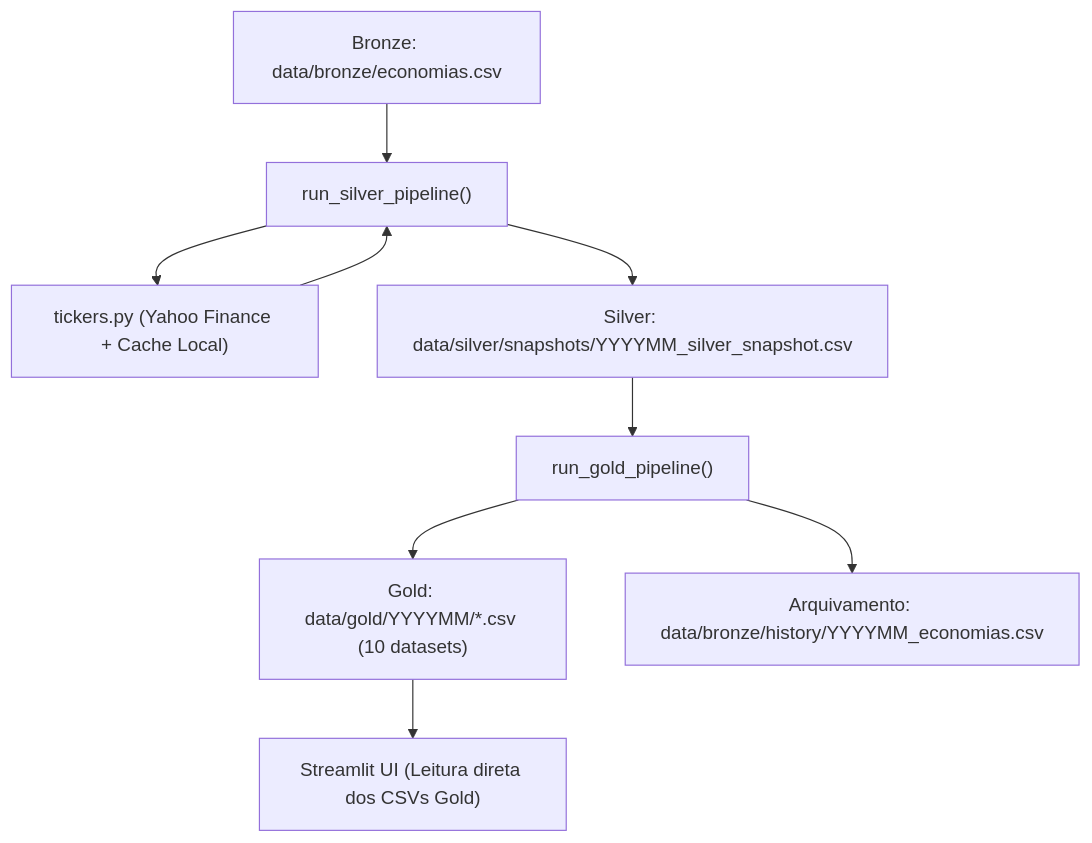
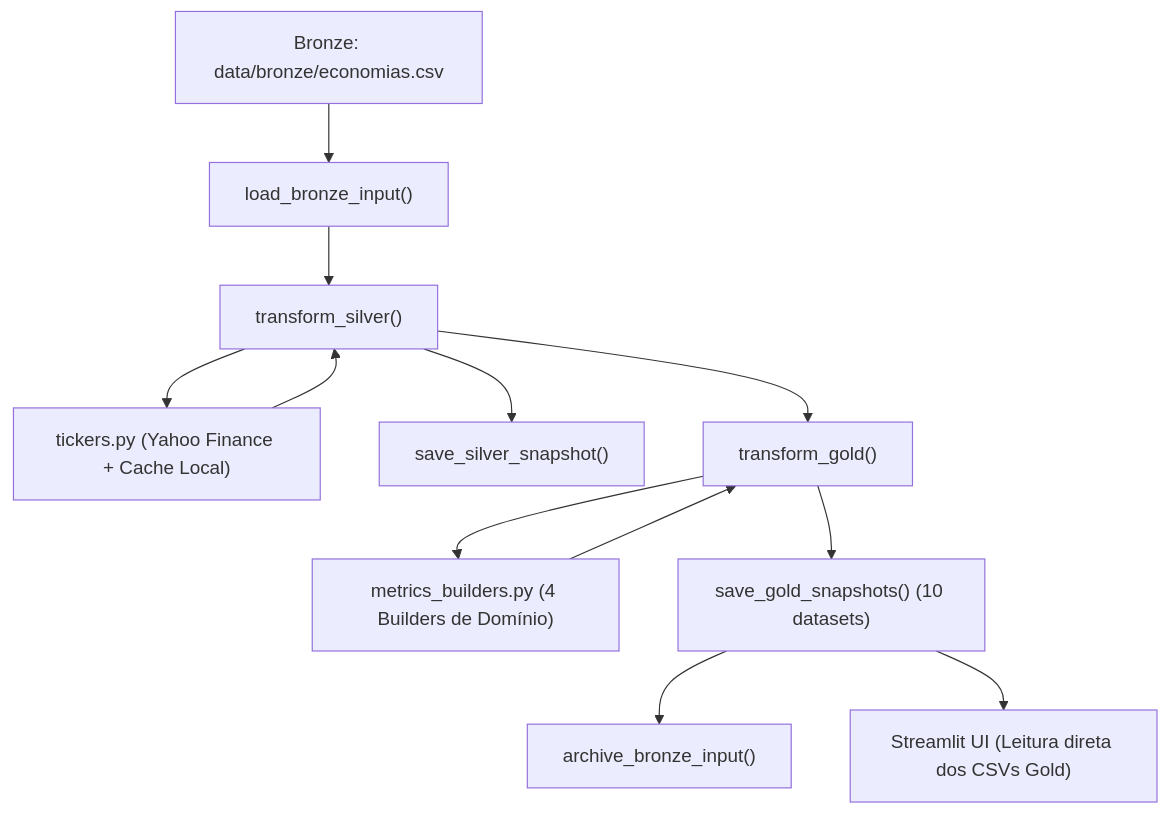
Before and after one commit to thpgoncalves/investment-visualizer: the diagram in AGENT_CONSTITUTION.md, drawn with Mermaid. The commit also changed other lines of this file and 13 other files, not shown here.

````diff
--- a/AGENT_CONSTITUTION.md
+++ b/AGENT_CONSTITUTION.md
@@ -98,11 +101,14 @@
 ```mermaid
 flowchart TD
-    A["Bronze: data/bronze/economias.csv"] --> B["run_silver_pipeline()"]
-    B --> C["tickers.py (Yahoo Finance + Cache Local)"]
-    C --> B
-    B --> D["Silver: data/silver/snapshots/YYYYMM_silver_snapshot.csv"]
-    D --> E["run_gold_pipeline()"]
-    E --> F["Gold: data/gold/YYYYMM/*.csv (10 datasets)"]
-    E --> G["Arquivamento: data/bronze/history/YYYYMM_economias.csv"]
-    F --> H["Streamlit UI (Leitura direta dos CSVs Gold)"]
+    A["Bronze: data/bronze/economias.csv"] --> B["load_bronze_input()"]
+    B --> C["transform_silver()"]
+    C --> D["tickers.py (Yahoo Finance + Cache Local)"]
+    D --> C
+    C --> E["save_silver_snapshot()"]
+    C --> F["transform_gold()"]
+    F --> G["metrics_builders.py (4 Builders de Domínio)"]
+    G --> F
+    F --> H["save_gold_snapshots() (10 datasets)"]
+    H --> I["archive_bronze_input()"]
+    H --> J["Streamlit UI (Leitura direta dos CSVs Gold)"]
 ```
````
